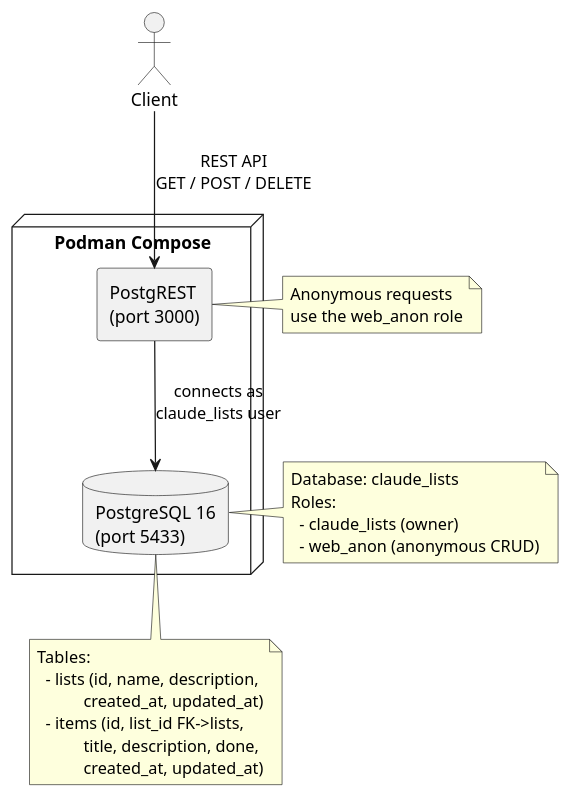
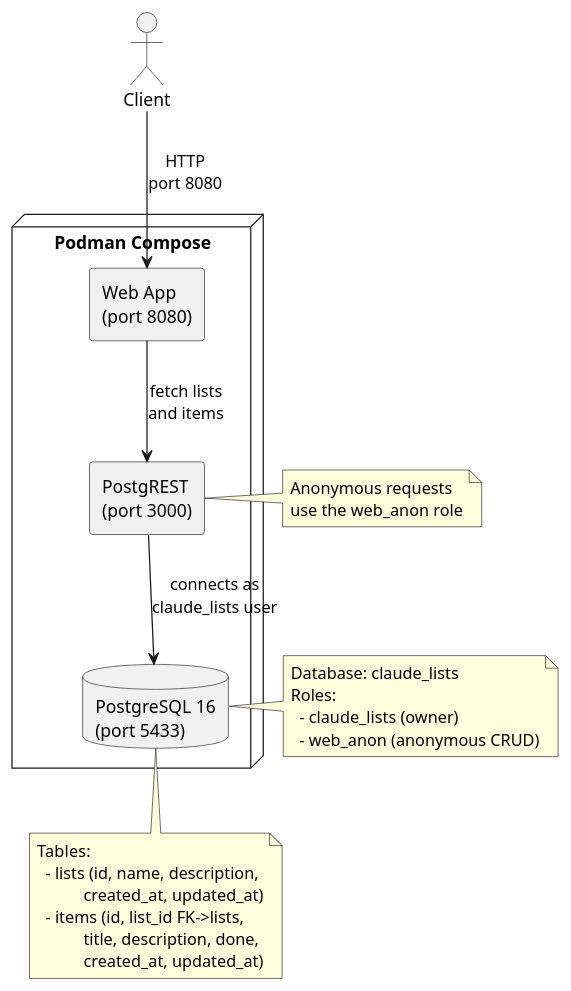
The diagram in docs/architecture.puml (conroydamien/claude_lists_api), drawn with PlantUML before and after one commit. The commit also changed 7 other files, not shown here.

First line of the commit message:
Add web app container, seed data, and seed verification tests

```diff
--- a/docs/architecture.puml
+++ b/docs/architecture.puml
@@ -1,37 +1,39 @@
 @startuml Claude Lists API Architecture
 
 skinparam componentStyle rectangle
 
 actor "Client" as client
 
 node "Podman Compose" {
+    component "Web App\n(port 8080)" as web
     component "PostgREST\n(port 3000)" as postgrest
     database "PostgreSQL 16\n(port 5433)" as db
 
+    web --> postgrest : "fetch lists\nand items"
     postgrest --> db : "connects as\nclaude_lists user"
 }
 
-client --> postgrest : "REST API\nGET / POST / DELETE"
+client --> web : "HTTP\nport 8080"
 
 note right of db
   Database: claude_lists
   Roles:
     - claude_lists (owner)
     - web_anon (anonymous CRUD)
 end note
 
 note bottom of db
   Tables:
     - lists (id, name, description,
              created_at, updated_at)
     - items (id, list_id FK->lists,
              title, description, done,
              created_at, updated_at)
 end note
 
 note right of postgrest
   Anonymous requests
   use the web_anon role
 end note
 
 @enduml
```
